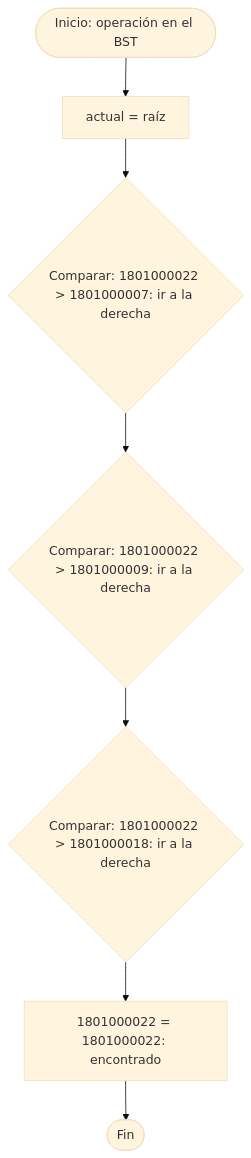
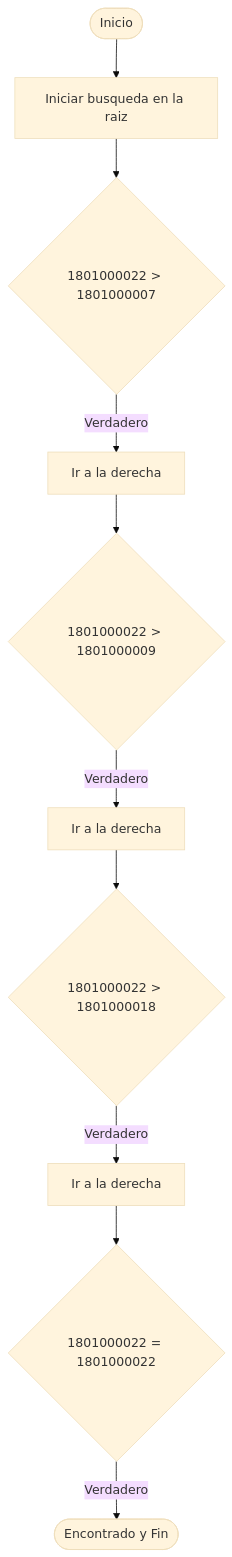
One commit to Leo23new/ProyectoGrupo3 changed the diagram in output/diagramas/05_flujograma_bst.md. Above: the diagram before and after it, drawn with Mermaid (base theme). The commit also changed other lines of this file and 15 other files, not shown here.

````diff
--- a/output/diagramas/05_flujograma_bst.md
+++ b/output/diagramas/05_flujograma_bst.md
@@ -8,9 +5,12 @@
 ```mermaid
 flowchart TD
-    S(["Inicio: operación en el BST"]) --> R["actual = raíz"]
-    R --> P1{"Comparar: 1801000022 > 1801000007: ir a la derecha"}
-    P1 --> P2{"Comparar: 1801000022 > 1801000009: ir a la derecha"}
-    P2 --> P3{"Comparar: 1801000022 > 1801000018: ir a la derecha"}
-    P3 --> P4["1801000022 = 1801000022: encontrado"]
-    P4 --> Z(["Fin"])
+    A(["Inicio"]) --> B[""Iniciar busqueda en la raiz""]
+    B --> C{"1801000022 > 1801000007"}
+    C -->|"Verdadero"| D[""Ir a la derecha""]
+    D --> E{"1801000022 > 1801000009"}
+    E -->|"Verdadero"| F[""Ir a la derecha""]
+    F --> G{"1801000022 > 1801000018"}
+    G -->|"Verdadero"| H[""Ir a la derecha""]
+    H --> I{"1801000022 = 1801000022"}
+    I -->|"Verdadero"| J(["Encontrado y Fin"])
 ```
````
